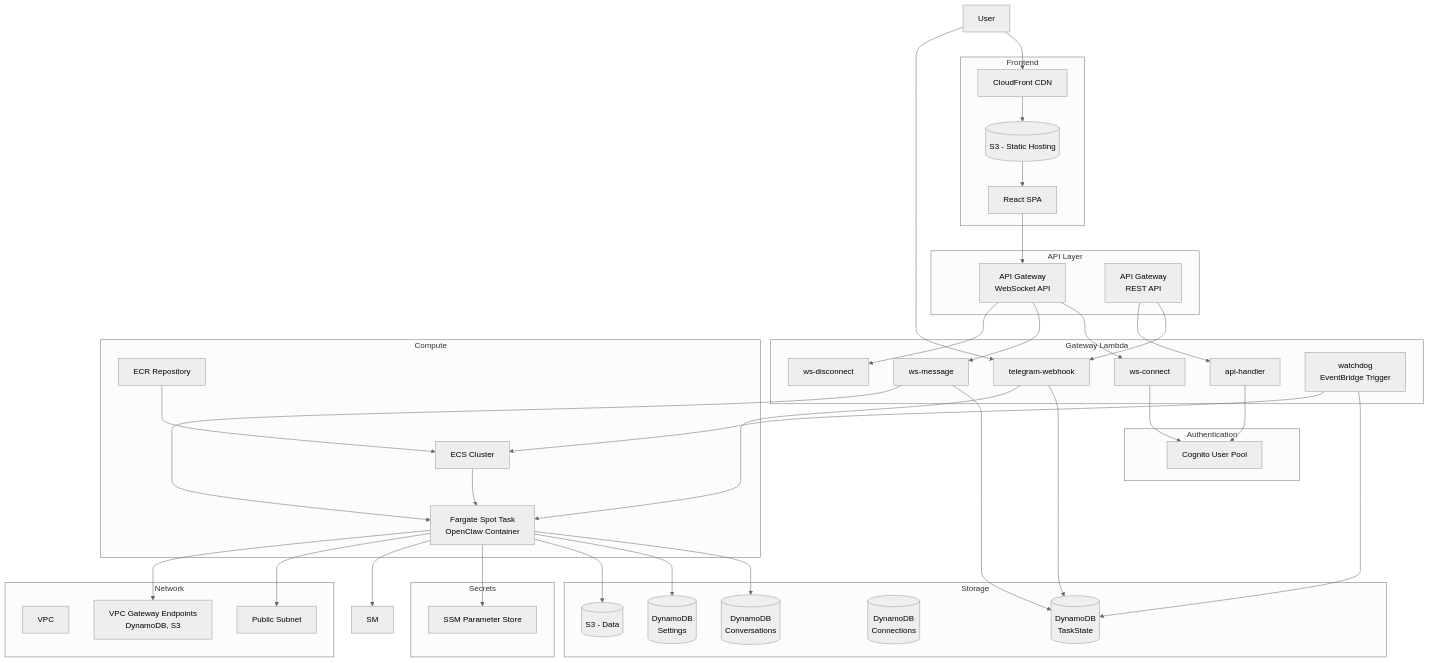
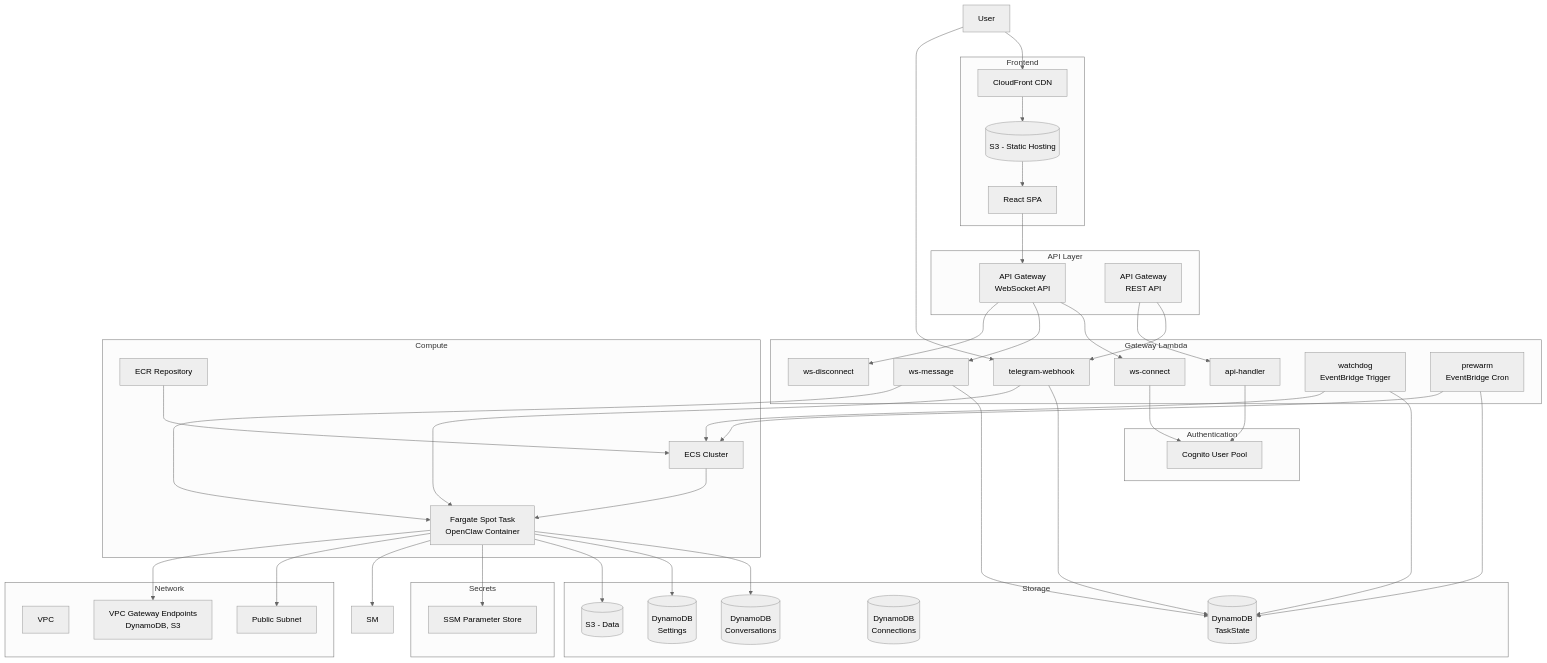
One commit to geoseong/serverless-openclaw changed the first of 13 diagrams in docs/architecture.md. Above: the diagram before and after it, drawn with Mermaid (neutral theme). The commit also changed other lines of this file and 19 other files, not shown here.

````diff
--- a/docs/architecture.md
+++ b/docs/architecture.md
@@ -28,6 +28,7 @@
         TG_Webhook[telegram-webhook]
         API_Handler[api-handler]
         Watchdog[watchdog\nEventBridge Trigger]
+        Prewarm[prewarm\nEventBridge Cron]
     end
 
     subgraph "Authentication"
@@ -87,4 +88,6 @@
     Fargate --> VPCE
     Watchdog --> DDB_Task
     Watchdog --> ECS
+    Prewarm --> DDB_Task
+    Prewarm --> ECS
 ```
````
